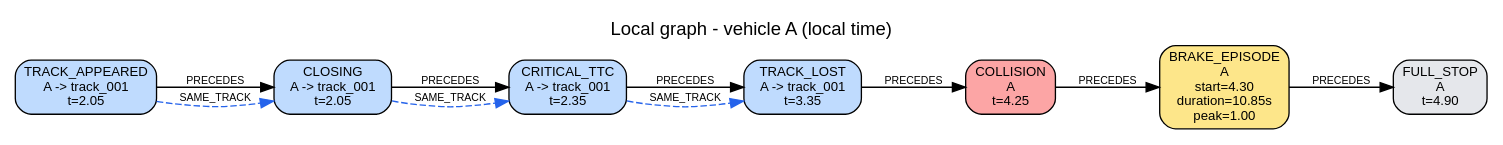
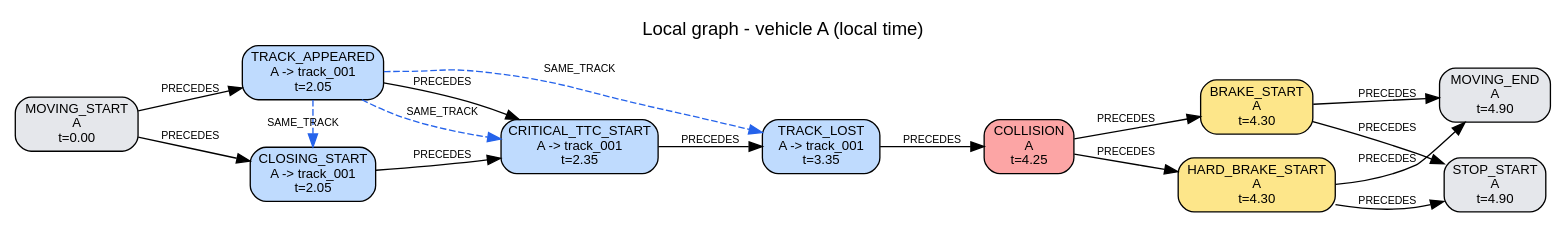
Before and after one commit to AndreaBedei1/causaldrive-forensics: the diagram in traces/S03/run_0_crash/reconstruction/A/local_graph.dot, drawn with Graphviz. The commit also changed 1585 other files, not shown here.

```diff
--- a/traces/S03/run_0_crash/reconstruction/A/local_graph.dot
+++ b/traces/S03/run_0_crash/reconstruction/A/local_graph.dot
@@ -1,21 +1,33 @@
 digraph "local_A" {
   graph [rankdir=LR, labelloc=t, fontname=Helvetica, label="Local graph - vehicle A (local time)"];
   node [shape=box, style="rounded,filled", fontname=Helvetica, fontsize=10];
   edge [fontname=Helvetica, fontsize=8];
-  "A:e01" [label="TRACK_APPEARED\nA -> track_001\nt=2.05", fillcolor="#bfdbfe"];
-  "A:e02" [label="CLOSING\nA -> track_001\nt=2.05", fillcolor="#bfdbfe"];
-  "A:e03" [label="CRITICAL_TTC\nA -> track_001\nt=2.35", fillcolor="#bfdbfe"];
-  "A:e04" [label="TRACK_LOST\nA -> track_001\nt=3.35", fillcolor="#bfdbfe"];
-  "A:e05" [label="COLLISION\nA\nt=4.25", fillcolor="#fca5a5"];
-  "A:e06" [label="BRAKE_EPISODE\nA\nstart=4.30\nduration=10.85s\npeak=1.00", fillcolor="#fde68a"];
-  "A:e07" [label="FULL_STOP\nA\nt=4.90", fillcolor="#e5e7eb"];
+  "A:e01" [label="MOVING_START\nA\nt=0.00", fillcolor="#e5e7eb"];
+  "A:e02" [label="TRACK_APPEARED\nA -> track_001\nt=2.05", fillcolor="#bfdbfe"];
+  "A:e03" [label="CLOSING_START\nA -> track_001\nt=2.05", fillcolor="#bfdbfe"];
+  "A:e04" [label="CRITICAL_TTC_START\nA -> track_001\nt=2.35", fillcolor="#bfdbfe"];
+  "A:e05" [label="TRACK_LOST\nA -> track_001\nt=3.35", fillcolor="#bfdbfe"];
+  "A:e06" [label="COLLISION\nA\nt=4.25", fillcolor="#fca5a5"];
+  "A:e07" [label="BRAKE_START\nA\nt=4.30", fillcolor="#fde68a"];
+  "A:e08" [label="HARD_BRAKE_START\nA\nt=4.30", fillcolor="#fde68a"];
+  "A:e09" [label="MOVING_END\nA\nt=4.90", fillcolor="#e5e7eb"];
+  "A:e10" [label="STOP_START\nA\nt=4.90", fillcolor="#e5e7eb"];
+  {rank=same; "A:e02"; "A:e03";}
+  {rank=same; "A:e07"; "A:e08";}
+  {rank=same; "A:e09"; "A:e10";}
   "A:e01" -> "A:e02" [label="PRECEDES"];
-  "A:e02" -> "A:e03" [label="PRECEDES"];
+  "A:e01" -> "A:e03" [label="PRECEDES"];
+  "A:e02" -> "A:e04" [label="PRECEDES"];
   "A:e03" -> "A:e04" [label="PRECEDES"];
   "A:e04" -> "A:e05" [label="PRECEDES"];
   "A:e05" -> "A:e06" [label="PRECEDES"];
   "A:e06" -> "A:e07" [label="PRECEDES"];
-  "A:e01" -> "A:e02" [label="SAME_TRACK", style=dashed, color="#2563eb", constraint=false];
+  "A:e06" -> "A:e08" [label="PRECEDES"];
+  "A:e07" -> "A:e09" [label="PRECEDES"];
+  "A:e07" -> "A:e10" [label="PRECEDES"];
+  "A:e08" -> "A:e09" [label="PRECEDES"];
+  "A:e08" -> "A:e10" [label="PRECEDES"];
   "A:e02" -> "A:e03" [label="SAME_TRACK", style=dashed, color="#2563eb", constraint=false];
-  "A:e03" -> "A:e04" [label="SAME_TRACK", style=dashed, color="#2563eb", constraint=false];
+  "A:e02" -> "A:e04" [label="SAME_TRACK", style=dashed, color="#2563eb", constraint=false];
+  "A:e02" -> "A:e05" [label="SAME_TRACK", style=dashed, color="#2563eb", constraint=false];
 }
```
